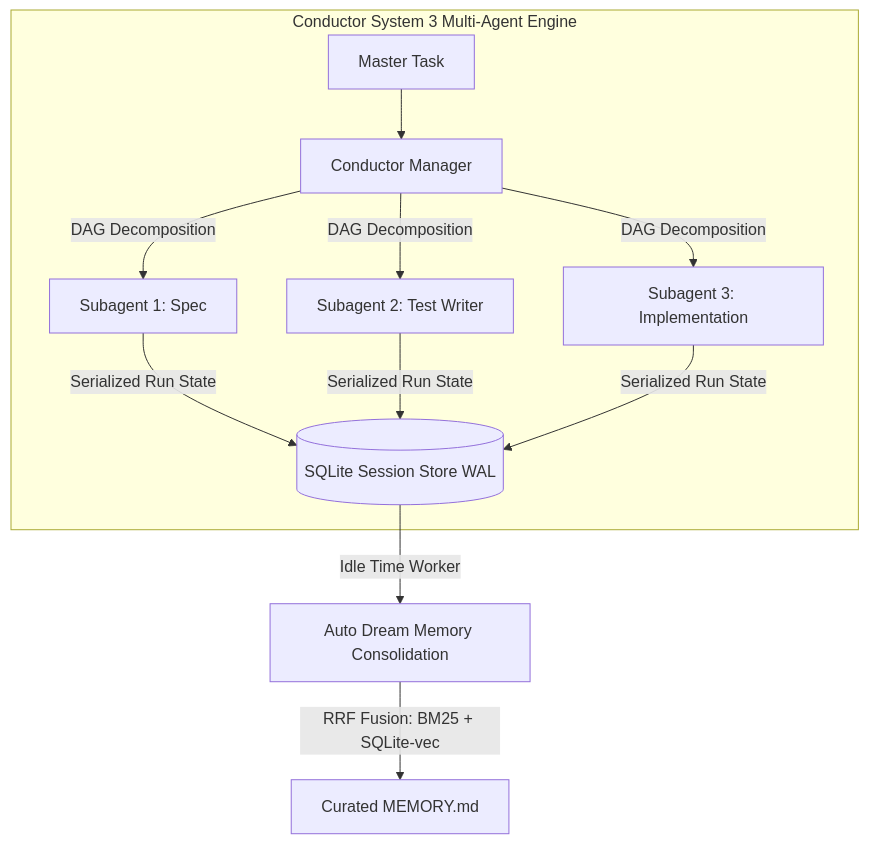
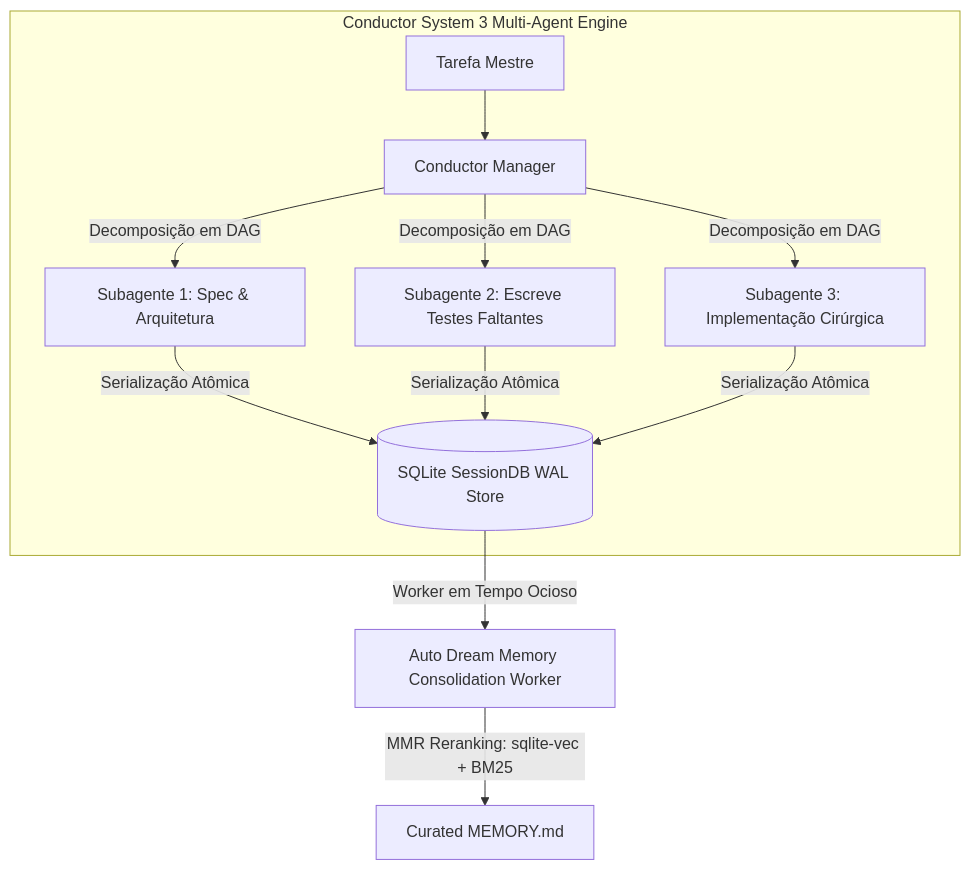
One commit to brainopensource/Harness-D-power changed the fourth of 6 diagrams in docs/rationale/rewrite_b/rewrite_v300_decisoes_adr_B.md. Above: the diagram before and after it, drawn with Mermaid. The commit also changed other lines of this file and 13 other files, not shown here.

````diff
--- a/docs/rationale/rewrite_b/rewrite_v300_decisoes_adr_B.md
+++ b/docs/rationale/rewrite_b/rewrite_v300_decisoes_adr_B.md
@@ -120,16 +120,16 @@
 ```mermaid
 graph TD
     subgraph CONDUCTOR_SYSTEM_3 [Conductor System 3 Multi-Agent Engine]
-        Task[Master Task] --> Conductor[Conductor Manager]
-        Conductor -->|DAG Decomposition| Sub1[Subagent 1: Spec]
-        Conductor -->|DAG Decomposition| Sub2[Subagent 2: Test Writer]
-        Conductor -->|DAG Decomposition| Sub3[Subagent 3: Implementation]
+        MasterTask[Tarefa Mestre] --> Conductor[Conductor Manager]
+        Conductor -->|Decomposição em DAG| Sub1[Subagente 1: Spec & Arquitetura]
+        Conductor -->|Decomposição em DAG| Sub2[Subagente 2: Escreve Testes Faltantes]
+        Conductor -->|Decomposição em DAG| Sub3[Subagente 3: Implementação Cirúrgica]
         
-        Sub1 -->|Serialized Run State| SQLiteDB[(SQLite Session Store WAL)]
-        Sub2 -->|Serialized Run State| SQLiteDB
-        Sub3 -->|Serialized Run State| SQLiteDB
+        Sub1 -->|Serialização Atômica| SQLiteDB[(SQLite SessionDB WAL Store)]
+        Sub2 -->|Serialização Atômica| SQLiteDB
+        Sub3 -->|Serialização Atômica| SQLiteDB
     end
 
-    SQLiteDB -->|Idle Time Worker| AutoDream[Auto Dream Memory Consolidation]
-    AutoDream -->|RRF Fusion: BM25 + SQLite-vec| CuratedMemory[Curated MEMORY.md]
+    SQLiteDB -->|Worker em Tempo Ocioso| AutoDream[Auto Dream Memory Consolidation Worker]
+    AutoDream -->|MMR Reranking: sqlite-vec + BM25| CuratedMemory[Curated MEMORY.md]
 ```
````
